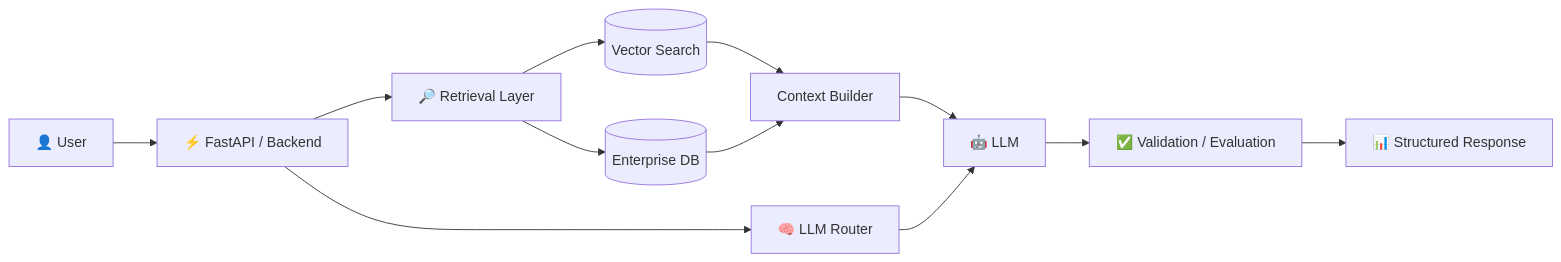
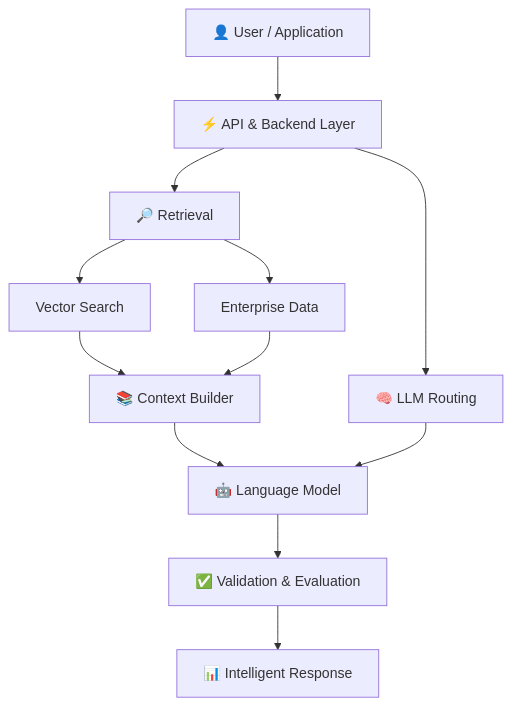
One commit to Ahib-Afnan-Siam/Ahib-Afnan-SIam changed the diagram in README.md. Above: the diagram before and after it, drawn with Mermaid. The commit also changed other lines of this file, not shown here.

First line of the commit message:
Refine README flowchart and descriptions

````diff
--- a/README.md
+++ b/README.md
@@ -183,20 +183,21 @@
 ```mermaid
-flowchart LR
+flowchart TD
 
-    U["👤 User"] --> API["⚡ FastAPI / Backend"]
+    USER["👤 User / Application"]
+        --> API["⚡ API & Backend Layer"]
 
-    API --> RET["🔎 Retrieval Layer"]
-    API --> ROUTER["🧠 LLM Router"]
+    API --> RET["🔎 Retrieval"]
+    API --> ROUTER["🧠 LLM Routing"]
 
-    RET --> VECTOR[("Vector Search")]
-    RET --> DB[("Enterprise DB")]
+    RET --> VECTOR["Vector Search"]
+    RET --> DATA["Enterprise Data"]
 
-    VECTOR --> CTX["Context Builder"]
-    DB --> CTX
+    VECTOR --> CONTEXT["📚 Context Builder"]
+    DATA --> CONTEXT
 
-    CTX --> LLM["🤖 LLM"]
+    CONTEXT --> LLM["🤖 Language Model"]
     ROUTER --> LLM
 
-    LLM --> EVAL["✅ Validation / Evaluation"]
-    EVAL --> RESP["📊 Structured Response"]
+    LLM --> VALIDATE["✅ Validation & Evaluation"]
+    VALIDATE --> RESULT["📊 Intelligent Response"]
 ```
````
